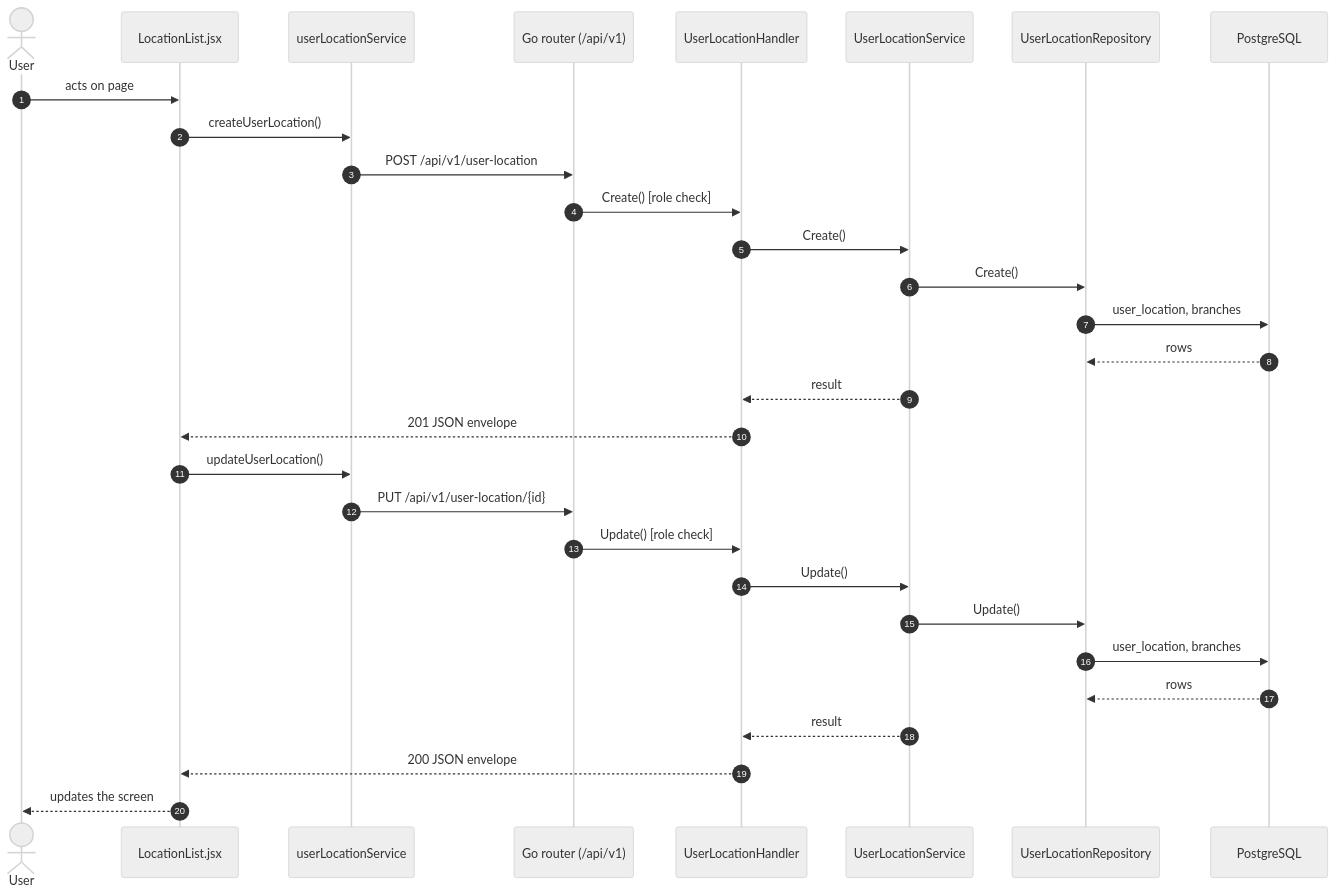
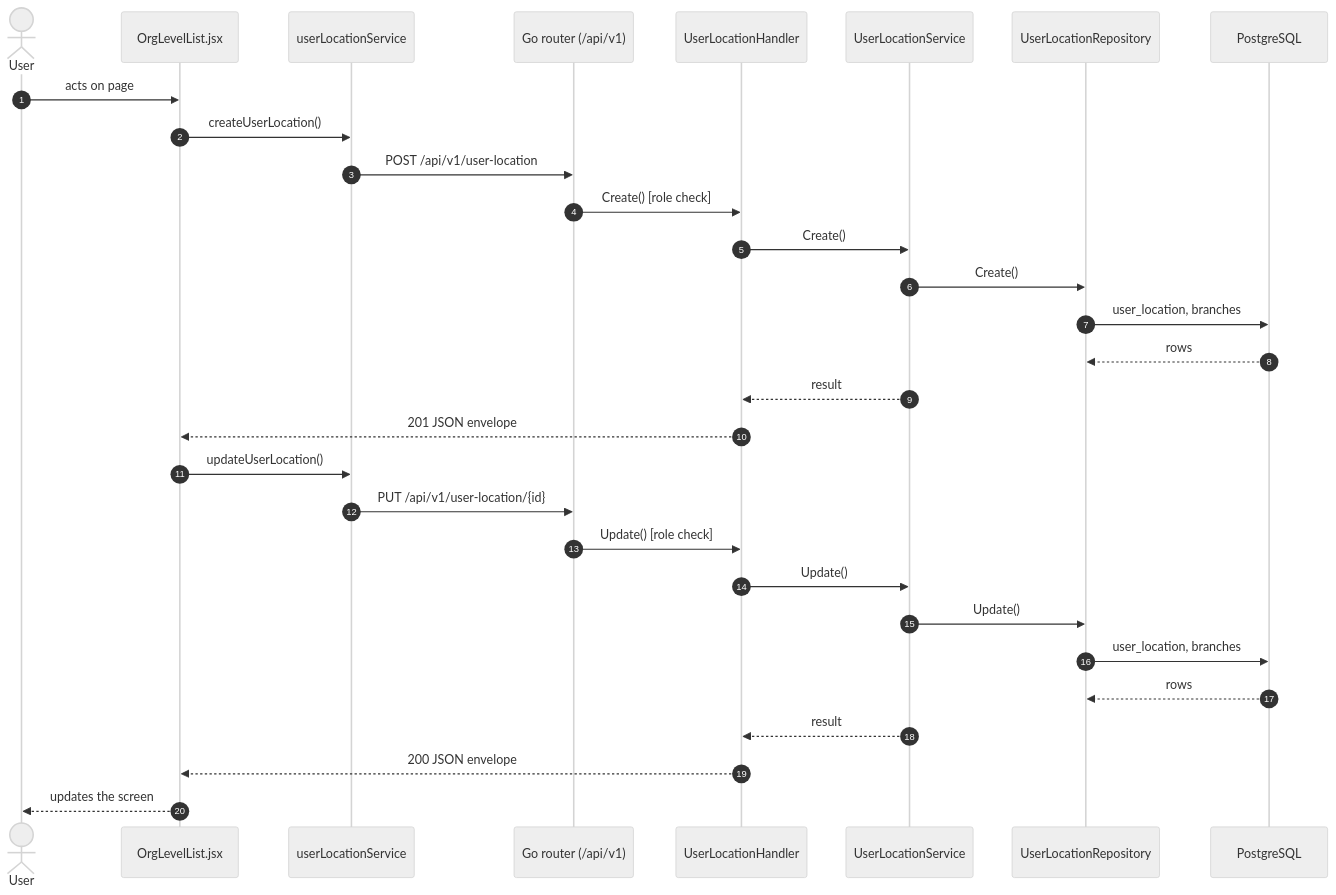
The third of 3 diagrams in docs/pages/org-locations.md (hirenenliven/7th-sense-client), drawn with Mermaid (neutral theme) before and after one commit. The commit also changed other lines of this file and 143 other files, not shown here.

First line of the commit message:
feat: live machine data over Socket.IO, shared org-level screens, and user machine filters

````diff
--- a/docs/pages/org-locations.md
+++ b/docs/pages/org-locations.md
@@ -110,32 +110,32 @@
 ```mermaid
 sequenceDiagram
   autonumber
   actor User
-  participant Page as LocationList.jsx
+  participant Page as OrgLevelList.jsx
   participant userLocationService
   participant API as Go router (/api/v1)
   participant UserLocationHandler
   participant UserLocationService
   participant UserLocationRepository
   participant DB as PostgreSQL
   User->>Page: acts on page
   Page->>userLocationService: createUserLocation()
   userLocationService->>API: POST /api/v1/user-location
   API->>UserLocationHandler: Create() [role check]
   UserLocationHandler->>UserLocationService: Create()
   UserLocationService->>UserLocationRepository: Create()
   UserLocationRepository->>DB: user_location, branches
   DB-->>UserLocationRepository: rows
   UserLocationService-->>UserLocationHandler: result
   UserLocationHandler-->>Page: 201 JSON envelope
   Page->>userLocationService: updateUserLocation()
   userLocationService->>API: PUT /api/v1/user-location/{id}
   API->>UserLocationHandler: Update() [role check]
   UserLocationHandler->>UserLocationService: Update()
   UserLocationService->>UserLocationRepository: Update()
   UserLocationRepository->>DB: user_location, branches
   DB-->>UserLocationRepository: rows
   UserLocationService-->>UserLocationHandler: result
   UserLocationHandler-->>Page: 200 JSON envelope
   Page-->>User: updates the screen
 ```
````
